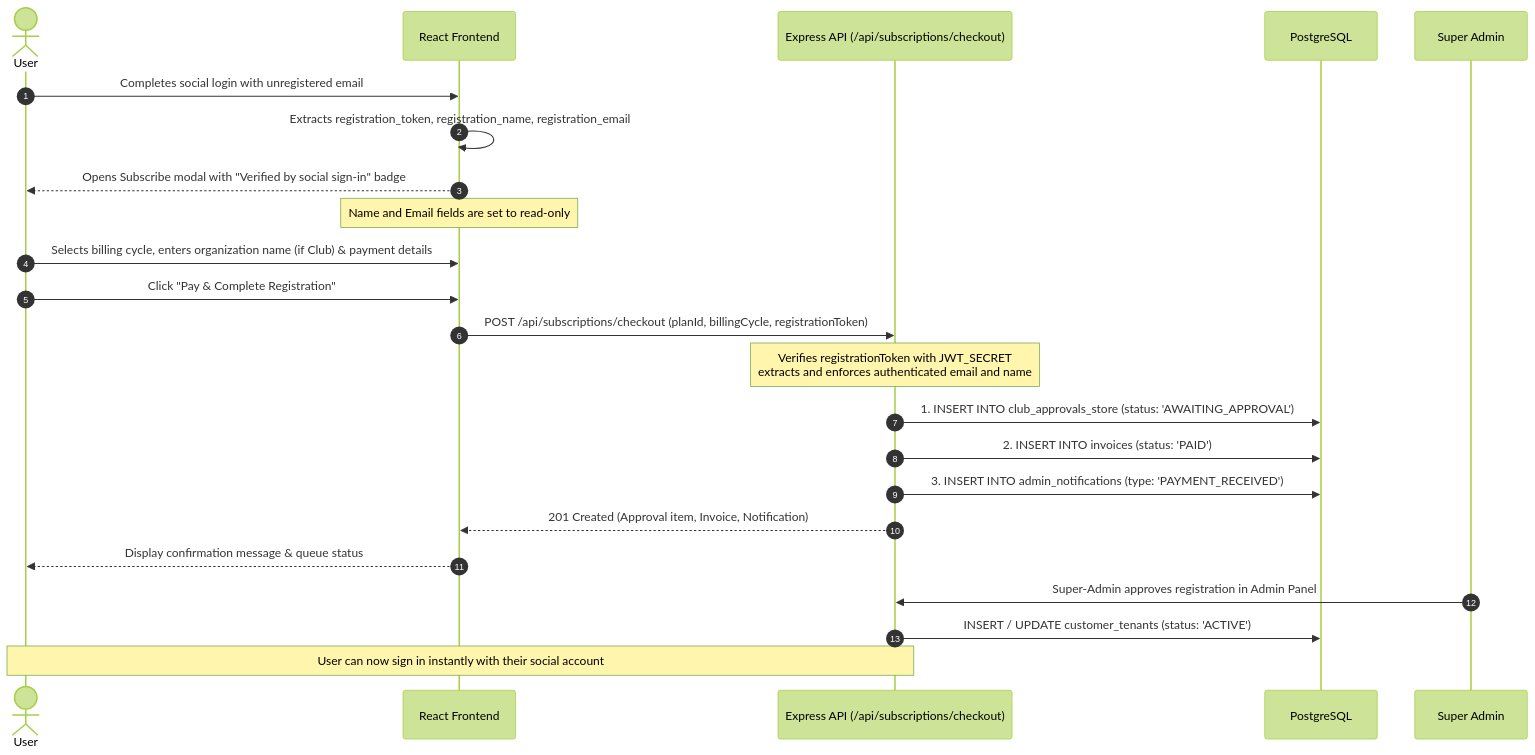
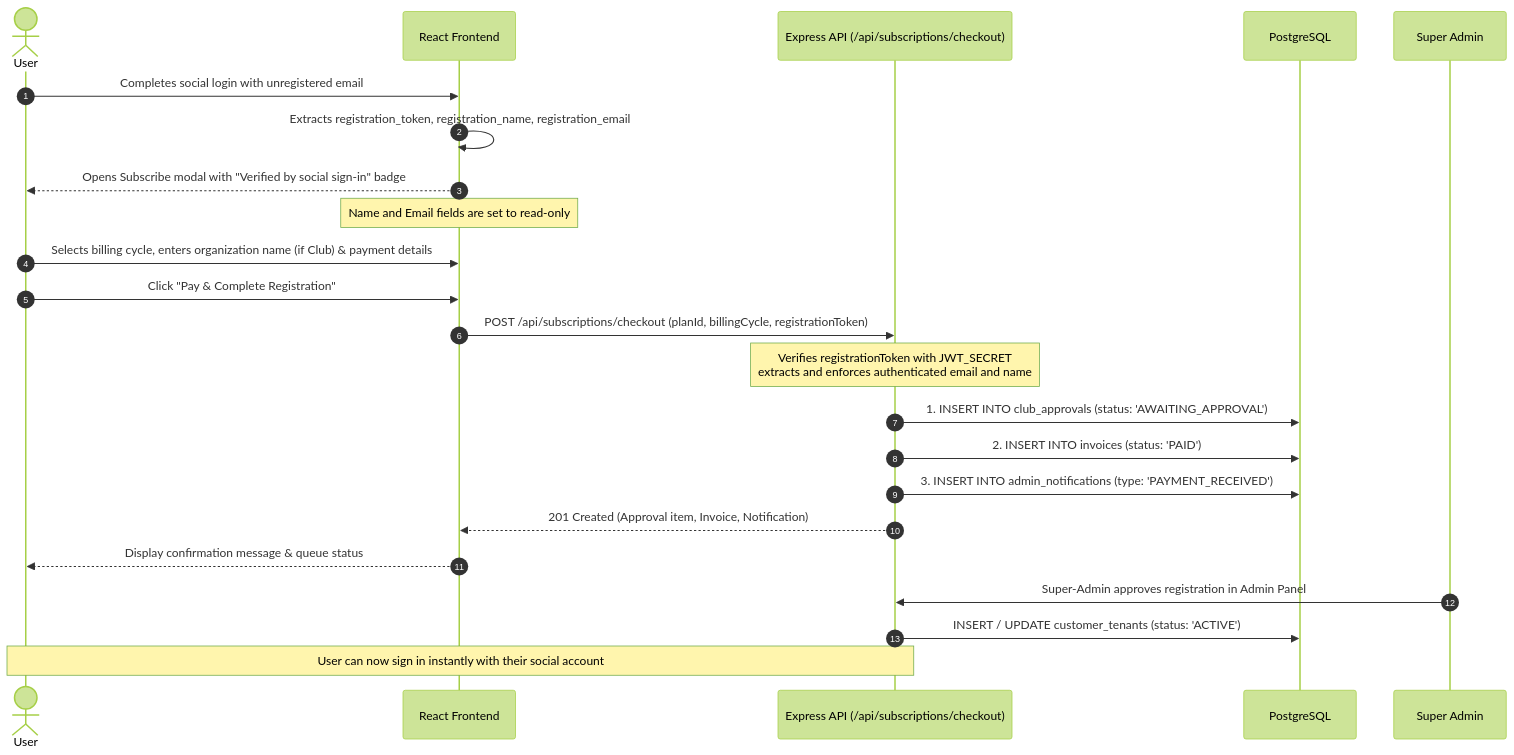
One commit to shahanur/eCricketCoach changed the third of 3 diagrams in docs/auth-and-registration-workflow.md. Above: the diagram before and after it, drawn with Mermaid (forest theme). The commit also changed other lines of this file and 19 other files, not shown here.

````diff
--- a/docs/auth-and-registration-workflow.md
+++ b/docs/auth-and-registration-workflow.md
@@ -83,26 +83,26 @@
 ```mermaid
 sequenceDiagram
     autonumber
     actor User
     participant Browser as React Frontend
     participant Server as Express API (/api/subscriptions/checkout)
     participant DB as PostgreSQL
     participant Admin as Super Admin
 
     User->>Browser: Completes social login with unregistered email
     Browser->>Browser: Extracts registration_token, registration_name, registration_email
     Browser-->>User: Opens Subscribe modal with "Verified by social sign-in" badge
     Note over Browser: Name and Email fields are set to read-only
     User->>Browser: Selects billing cycle, enters organization name (if Club) & payment details
     User->>Browser: Click "Pay & Complete Registration"
     Browser->>Server: POST /api/subscriptions/checkout (planId, billingCycle, registrationToken)
     Note over Server: Verifies registrationToken with JWT_SECRET<br/>extracts and enforces authenticated email and name
-    Server->>DB: 1. INSERT INTO club_approvals_store (status: 'AWAITING_APPROVAL')
+    Server->>DB: 1. INSERT INTO club_approvals (status: 'AWAITING_APPROVAL')
     Server->>DB: 2. INSERT INTO invoices (status: 'PAID')
     Server->>DB: 3. INSERT INTO admin_notifications (type: 'PAYMENT_RECEIVED')
     Server-->>Browser: 201 Created (Approval item, Invoice, Notification)
     Browser-->>User: Display confirmation message & queue status
     Admin->>Server: Super-Admin approves registration in Admin Panel
     Server->>DB: INSERT / UPDATE customer_tenants (status: 'ACTIVE')
     Note over User,Server: User can now sign in instantly with their social account
 ```
````
